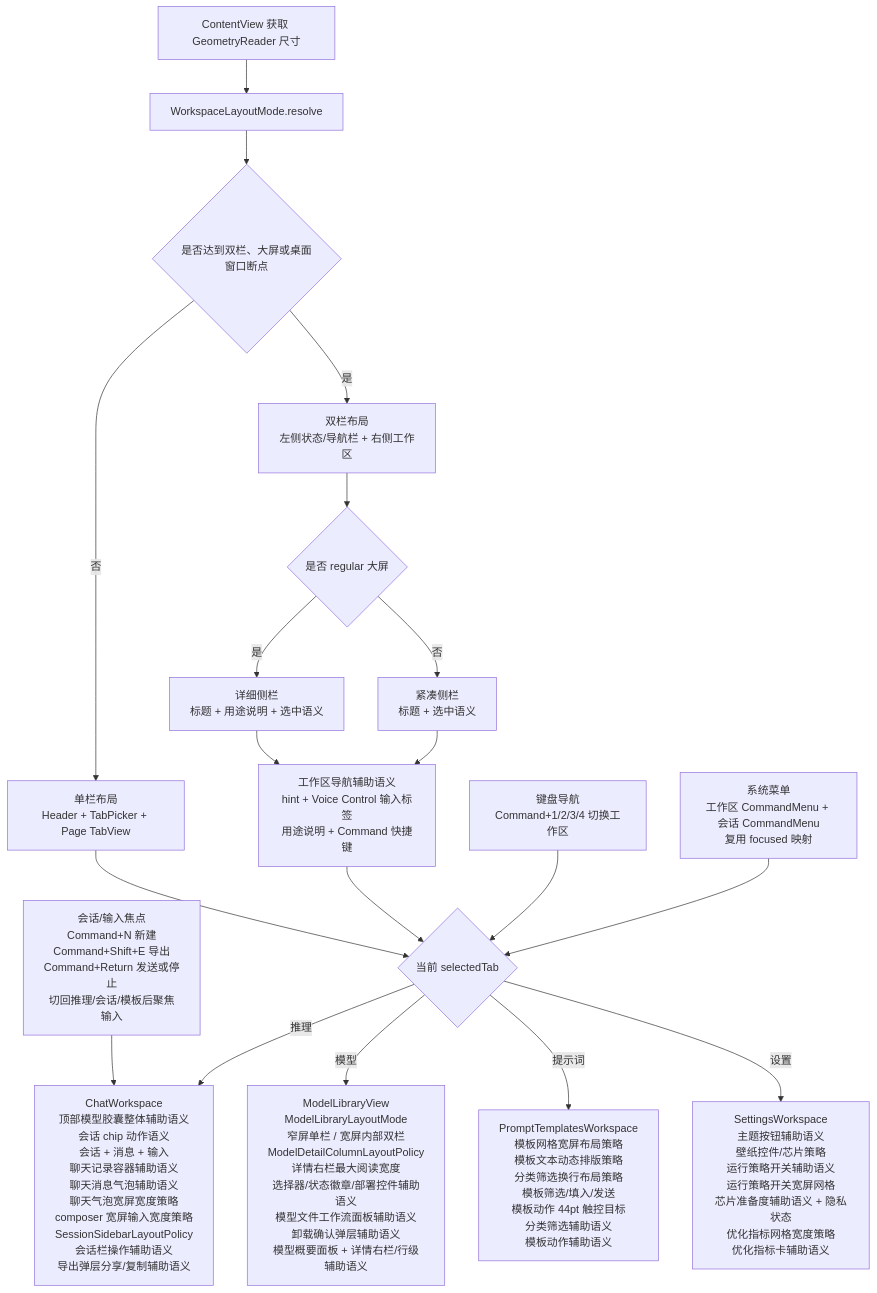
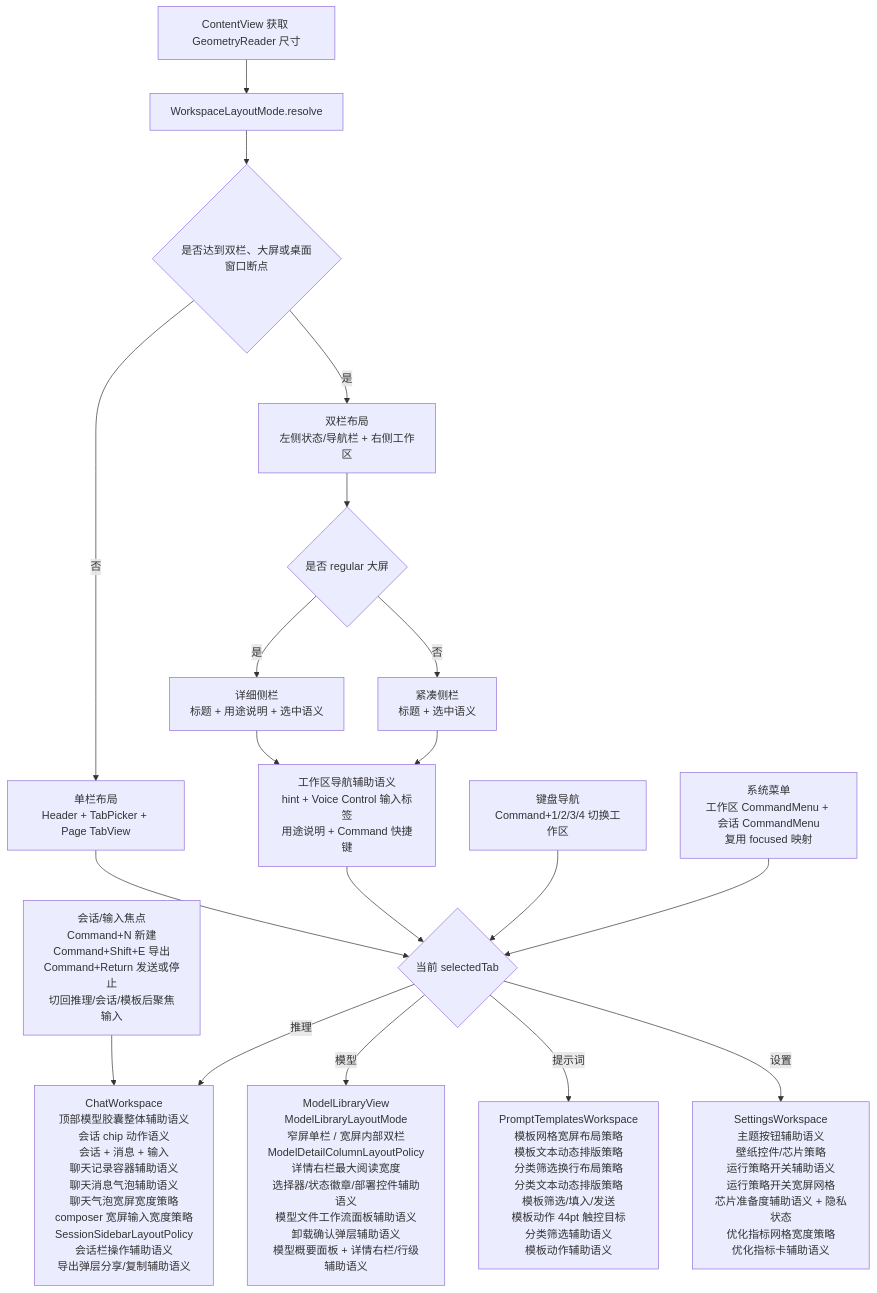
Before and after one commit to Altman-sam114/113: the fifth of 10 diagrams in md/flow/flowchart.md, drawn with Mermaid. The commit also changed other lines of this file and 8 other files, not shown here.

````diff
--- a/md/flow/flowchart.md
+++ b/md/flow/flowchart.md
@@ -84,21 +84,21 @@
 ```mermaid
 flowchart TD
     A[ContentView 获取 GeometryReader 尺寸] --> B[WorkspaceLayoutMode.resolve]
     B --> C{是否达到双栏、大屏或桌面窗口断点}
     C -- 否 --> D[单栏布局<br/>Header + TabPicker + Page TabView]
     C -- 是 --> E[双栏布局<br/>左侧状态/导航栏 + 右侧工作区]
     E --> N{是否 regular 大屏}
     N -- 是 --> O[详细侧栏<br/>标题 + 用途说明 + 选中语义]
     N -- 否 --> P[紧凑侧栏<br/>标题 + 选中语义]
     D --> F{当前 selectedTab}
     O --> X[工作区导航辅助语义<br/>hint + Voice Control 输入标签<br/>用途说明 + Command 快捷键]
     P --> X
     X --> F
     K[键盘导航<br/>Command+1/2/3/4 切换工作区] --> F
     M[系统菜单<br/>工作区 CommandMenu + 会话 CommandMenu<br/>复用 focused 映射] --> F
     L[会话/输入焦点<br/>Command+N 新建<br/>Command+Shift+E 导出<br/>Command+Return 发送或停止<br/>切回推理/会话/模板后聚焦输入] --> G
     F -- 推理 --> G[ChatWorkspace<br/>顶部模型胶囊整体辅助语义<br/>会话 chip 动作语义<br/>会话 + 消息 + 输入<br/>聊天记录容器辅助语义<br/>聊天消息气泡辅助语义<br/>聊天气泡宽屏宽度策略<br/>composer 宽屏输入宽度策略<br/>SessionSidebarLayoutPolicy<br/>会话栏操作辅助语义<br/>导出弹层分享/复制辅助语义]
     F -- 模型 --> H[ModelLibraryView<br/>ModelLibraryLayoutMode<br/>窄屏单栏 / 宽屏内部双栏<br/>ModelDetailColumnLayoutPolicy<br/>详情右栏最大阅读宽度<br/>选择器/状态徽章/部署控件辅助语义<br/>模型文件工作流面板辅助语义<br/>卸载确认弹层辅助语义<br/>模型概要面板 + 详情右栏/行级辅助语义]
-    F -- 提示词 --> I[PromptTemplatesWorkspace<br/>模板网格宽屏布局策略<br/>模板文本动态排版策略<br/>分类筛选换行布局策略<br/>模板筛选/填入/发送<br/>模板动作 44pt 触控目标<br/>分类筛选辅助语义<br/>模板动作辅助语义]
+    F -- 提示词 --> I[PromptTemplatesWorkspace<br/>模板网格宽屏布局策略<br/>模板文本动态排版策略<br/>分类筛选换行布局策略<br/>分类文本动态排版策略<br/>模板筛选/填入/发送<br/>模板动作 44pt 触控目标<br/>分类筛选辅助语义<br/>模板动作辅助语义]
     F -- 设置 --> J[SettingsWorkspace<br/>主题按钮辅助语义<br/>壁纸控件/芯片策略<br/>运行策略开关辅助语义<br/>运行策略开关宽屏网格<br/>芯片准备度辅助语义 + 隐私状态<br/>优化指标网格宽度策略<br/>优化指标卡辅助语义]
 ```
````
